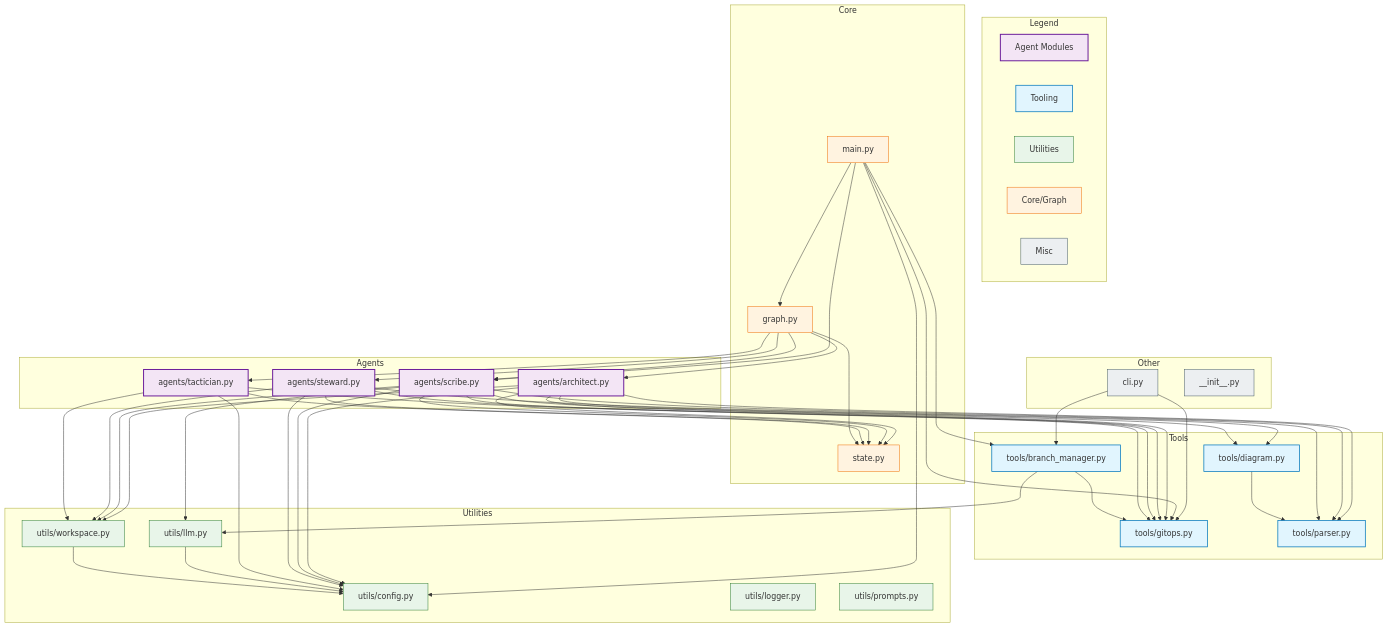
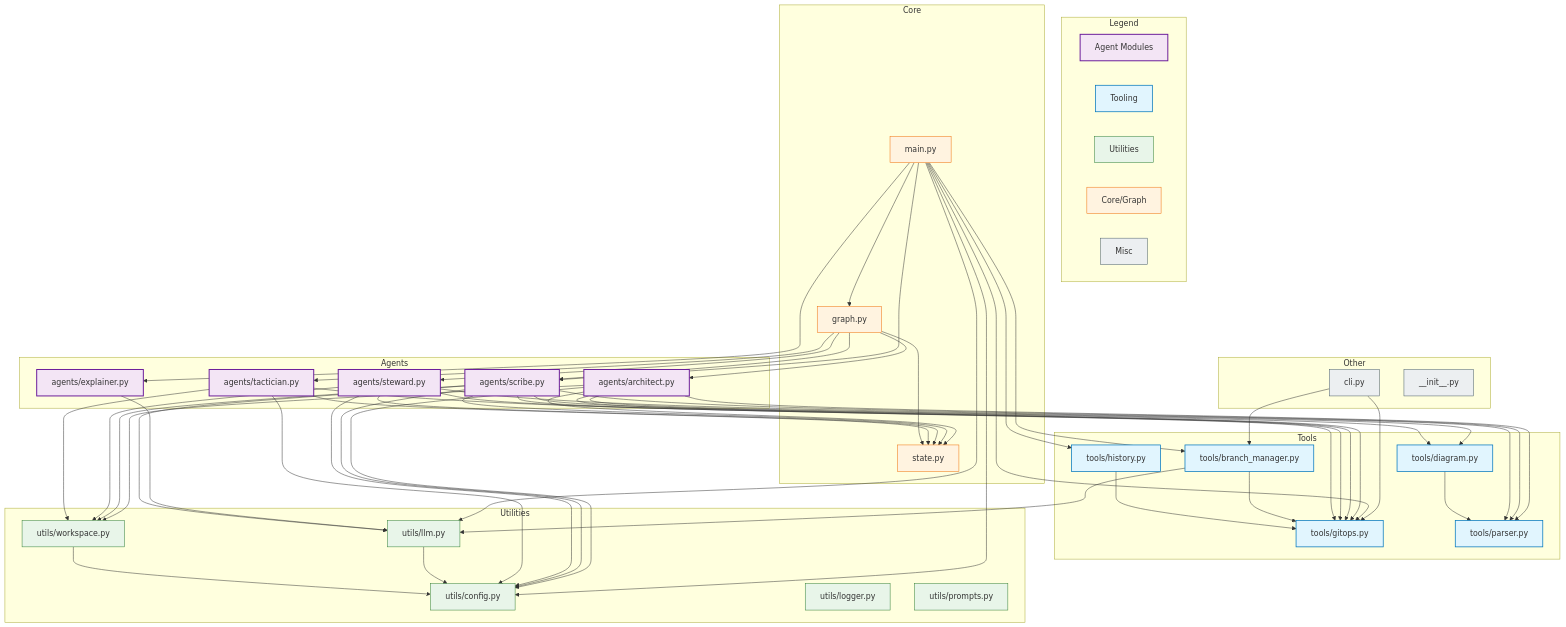
The first of 2 diagrams in .gitmentor_workspace/architecture_overview.md (SRDdev/RepoRanger), drawn with Mermaid before and after one commit. The commit also changed other lines of this file and 7 other files, not shown here.

````diff
--- a/.gitmentor_workspace/architecture_overview.md
+++ b/.gitmentor_workspace/architecture_overview.md
@@ -30,6 +30,7 @@
     end
     subgraph Agents
         src_agents_architect_py["agents/architect.py"]:::Agents
+        src_agents_explainer_py["agents/explainer.py"]:::Agents
         src_agents_scribe_py["agents/scribe.py"]:::Agents
         src_agents_steward_py["agents/steward.py"]:::Agents
         src_agents_tactician_py["agents/tactician.py"]:::Agents
@@ -38,6 +39,7 @@
         src_tools_branch_manager_py["tools/branch_manager.py"]:::Tools
         src_tools_diagram_py["tools/diagram.py"]:::Tools
         src_tools_gitops_py["tools/gitops.py"]:::Tools
+        src_tools_history_py["tools/history.py"]:::Tools
         src_tools_parser_py["tools/parser.py"]:::Tools
     end
     subgraph Utilities
@@ -49,17 +51,21 @@
     end
     cli_py --> src_tools_branch_manager_py
     cli_py --> src_tools_gitops_py
+    main_py --> src_agents_explainer_py
     main_py --> src_agents_scribe_py
     main_py --> src_graph_py
     main_py --> src_tools_branch_manager_py
     main_py --> src_tools_gitops_py
+    main_py --> src_tools_history_py
     main_py --> src_utils_config_py
+    main_py --> src_utils_llm_py
     src_agents_architect_py --> src_state_py
     src_agents_architect_py --> src_tools_diagram_py
     src_agents_architect_py --> src_tools_gitops_py
     src_agents_architect_py --> src_tools_parser_py
     src_agents_architect_py --> src_utils_config_py
     src_agents_architect_py --> src_utils_workspace_py
+    src_agents_explainer_py --> src_utils_llm_py
     src_agents_scribe_py --> src_state_py
     src_agents_scribe_py --> src_tools_diagram_py
     src_agents_scribe_py --> src_tools_gitops_py
@@ -84,6 +90,7 @@
     src_tools_branch_manager_py --> src_tools_gitops_py
     src_tools_branch_manager_py --> src_utils_llm_py
     src_tools_diagram_py --> src_tools_parser_py
+    src_tools_history_py --> src_tools_gitops_py
     src_utils_llm_py --> src_utils_config_py
     src_utils_workspace_py --> src_utils_config_py
 ```
````
